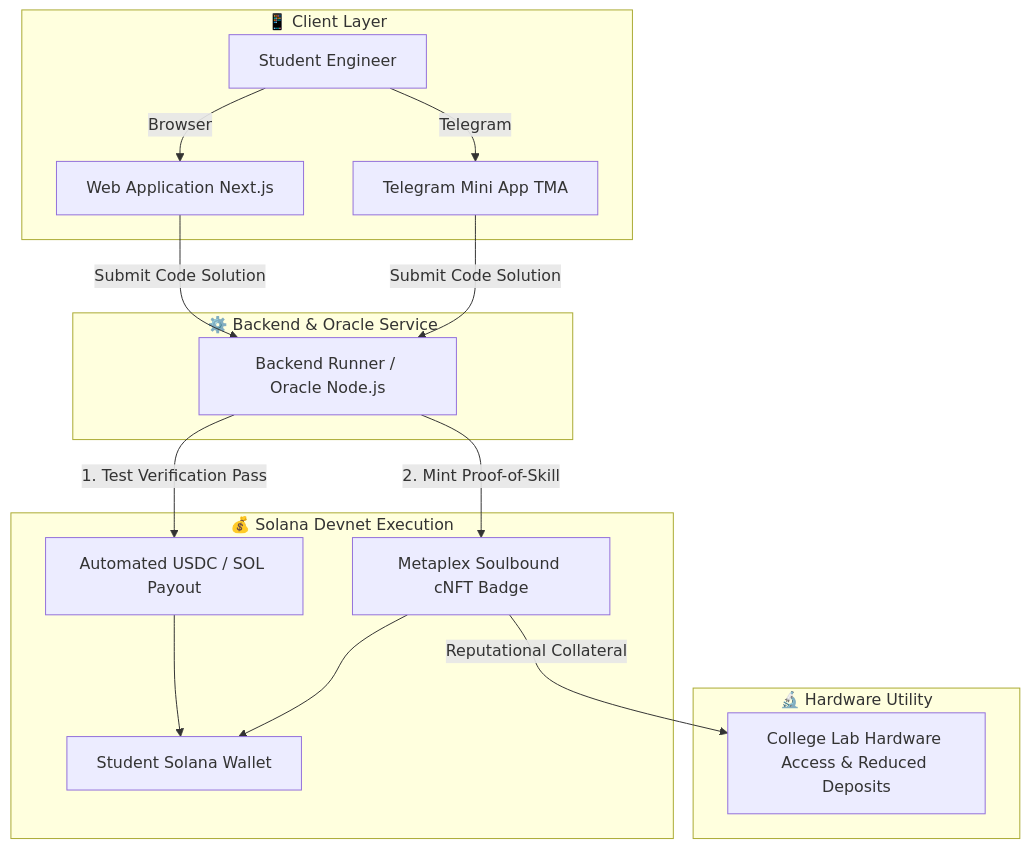
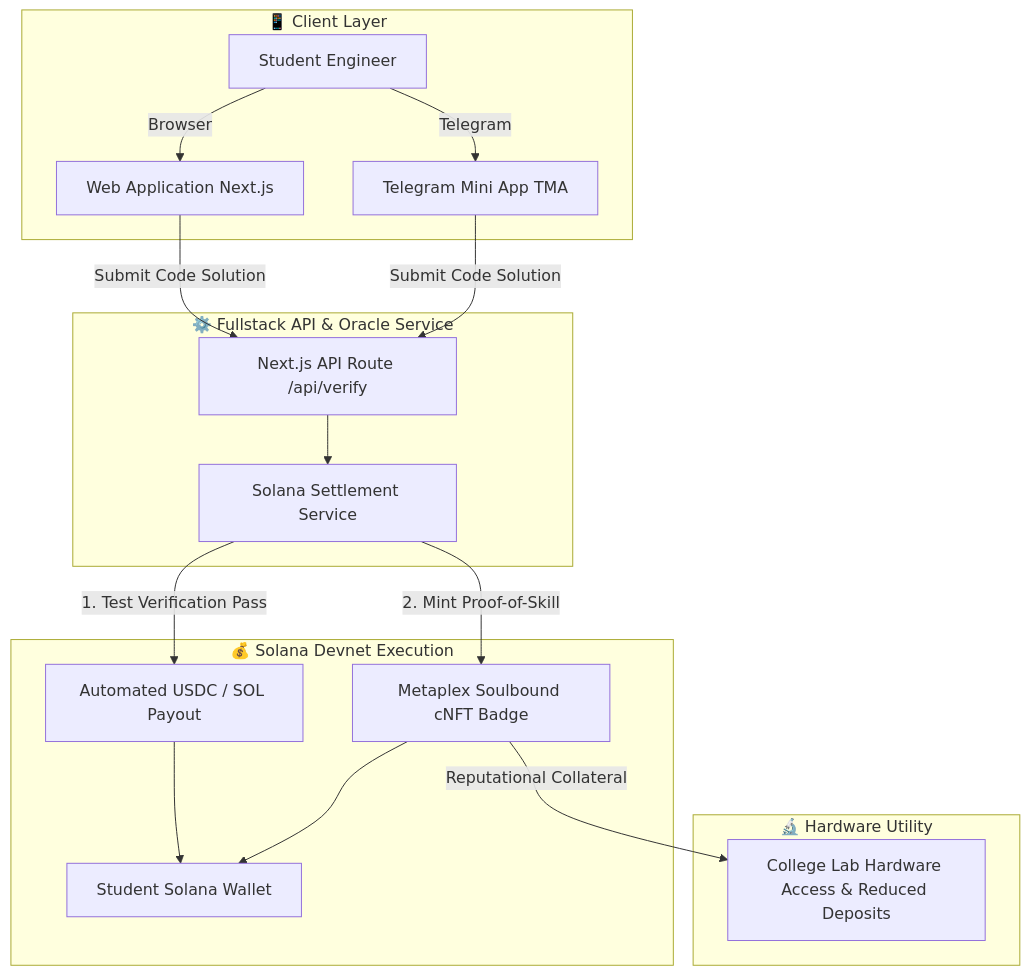
One commit to lopokl/ability-protocol changed the diagram in README.md. Above: the diagram before and after it, drawn with Mermaid. The commit also changed other lines of this file and 9 other files, not shown here.

Commit message:
feat: align repository with documentation - add LICENSE, Telegram SDK, and Next.js verification API route

````diff
--- a/README.md
+++ b/README.md
@@ -104,27 +105,29 @@
 ```mermaid
 flowchart TD
     subgraph ClientLayer ["📱 Client Layer"]
         Student[Student Engineer]
         Web[Web Application Next.js]
         TMA[Telegram Mini App TMA]
         Student -->|Browser| Web
         Student -->|Telegram| TMA
     end
 
-    subgraph OracleLayer ["⚙️ Backend & Oracle Service"]
-        Runner[Backend Runner / Oracle Node.js]
+    subgraph OracleLayer ["⚙️ Fullstack API & Oracle Service"]
+        Runner[Next.js API Route /api/verify]
+        SolService[Solana Settlement Service]
         Web -->|Submit Code Solution| Runner
         TMA -->|Submit Code Solution| Runner
+        Runner --> SolService
     end
 
     subgraph SettlementLayer ["💰 Solana Devnet Execution"]
-        Runner -->|1. Test Verification Pass| Payout[Automated USDC / SOL Payout]
-        Runner -->|2. Mint Proof-of-Skill| cNFT[Metaplex Soulbound cNFT Badge]
+        SolService -->|1. Test Verification Pass| Payout[Automated USDC / SOL Payout]
+        SolService -->|2. Mint Proof-of-Skill| cNFT[Metaplex Soulbound cNFT Badge]
         Payout --> Wallet[Student Solana Wallet]
         cNFT --> Wallet
     end
 
     subgraph UtilityLayer ["🔬 Hardware Utility"]
         cNFT -->|Reputational Collateral| Lab[College Lab Hardware Access & Reduced Deposits]
     end
 ```
````
